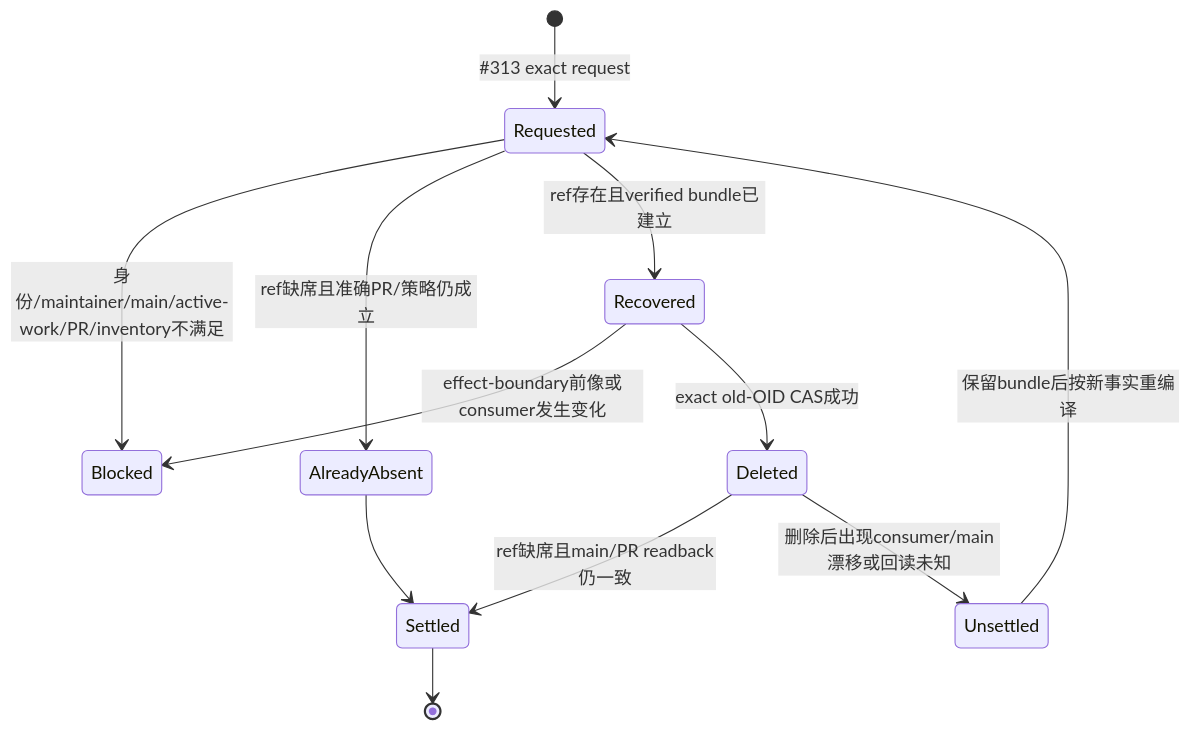
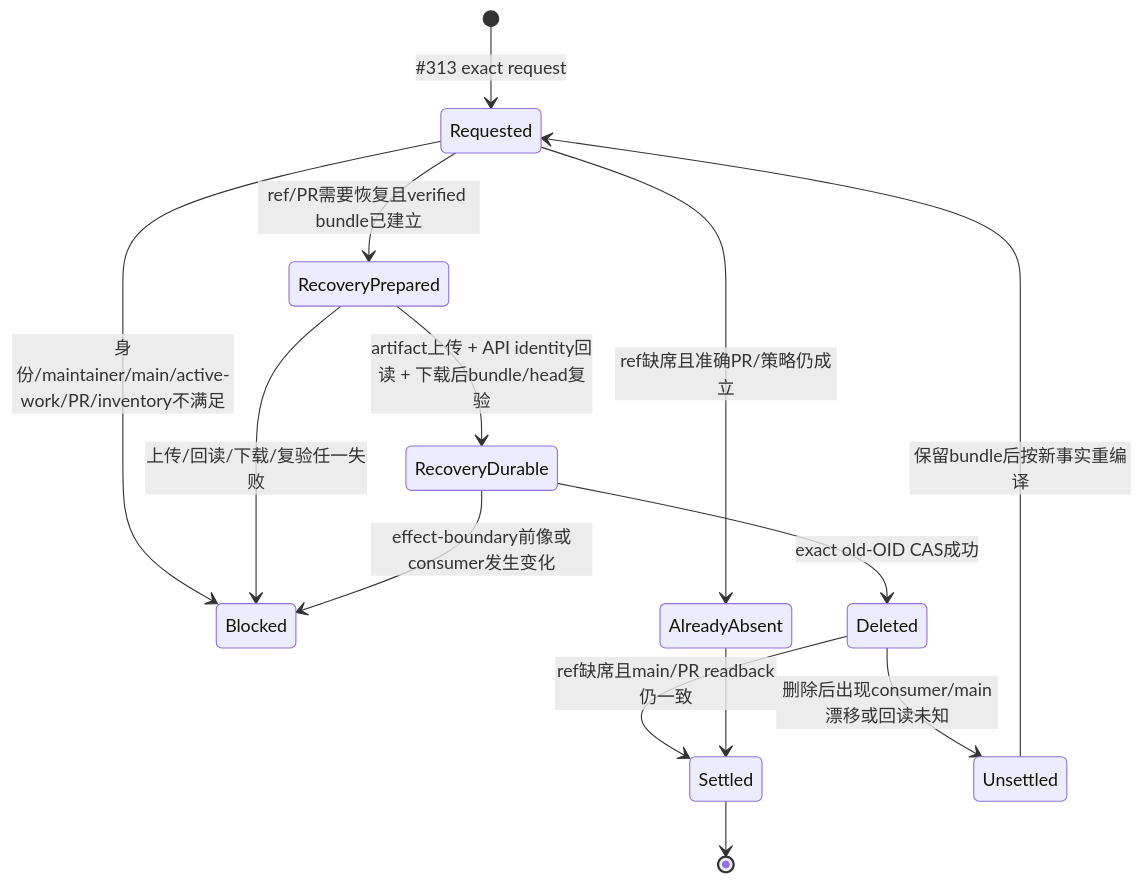
The third of 4 diagrams in docs/开发/AI协作/规则装载与任务恢复.md (sec-platform/sec), drawn with Mermaid before and after one commit. The commit also changed other lines of this file and 9 other files, not shown here.

Commit message:
fix(maintenance): persist recovery before remote ref effect

````diff
--- a/docs/开发/AI协作/规则装载与任务恢复.md
+++ b/docs/开发/AI协作/规则装载与任务恢复.md
@@ -243,14 +246,16 @@
 ```mermaid
 stateDiagram-v2
   [*] --> Requested: #313 exact request
   Requested --> Blocked: 身份/maintainer/main/active-work/PR/inventory不满足
   Requested --> AlreadyAbsent: ref缺席且准确PR/策略仍成立
-  Requested --> Recovered: ref存在且verified bundle已建立
-  Recovered --> Blocked: effect-boundary前像或consumer发生变化
-  Recovered --> Deleted: exact old-OID CAS成功
+  Requested --> RecoveryPrepared: ref/PR需要恢复且verified bundle已建立
+  RecoveryPrepared --> RecoveryDurable: artifact上传 + API identity回读 + 下载后bundle/head复验
+  RecoveryPrepared --> Blocked: 上传/回读/下载/复验任一失败
+  RecoveryDurable --> Blocked: effect-boundary前像或consumer发生变化
+  RecoveryDurable --> Deleted: exact old-OID CAS成功
   Deleted --> Settled: ref缺席且main/PR readback仍一致
   Deleted --> Unsettled: 删除后出现consumer/main漂移或回读未知
   Unsettled --> Requested: 保留bundle后按新事实重编译
   AlreadyAbsent --> Settled
   Settled --> [*]
 ```
````
